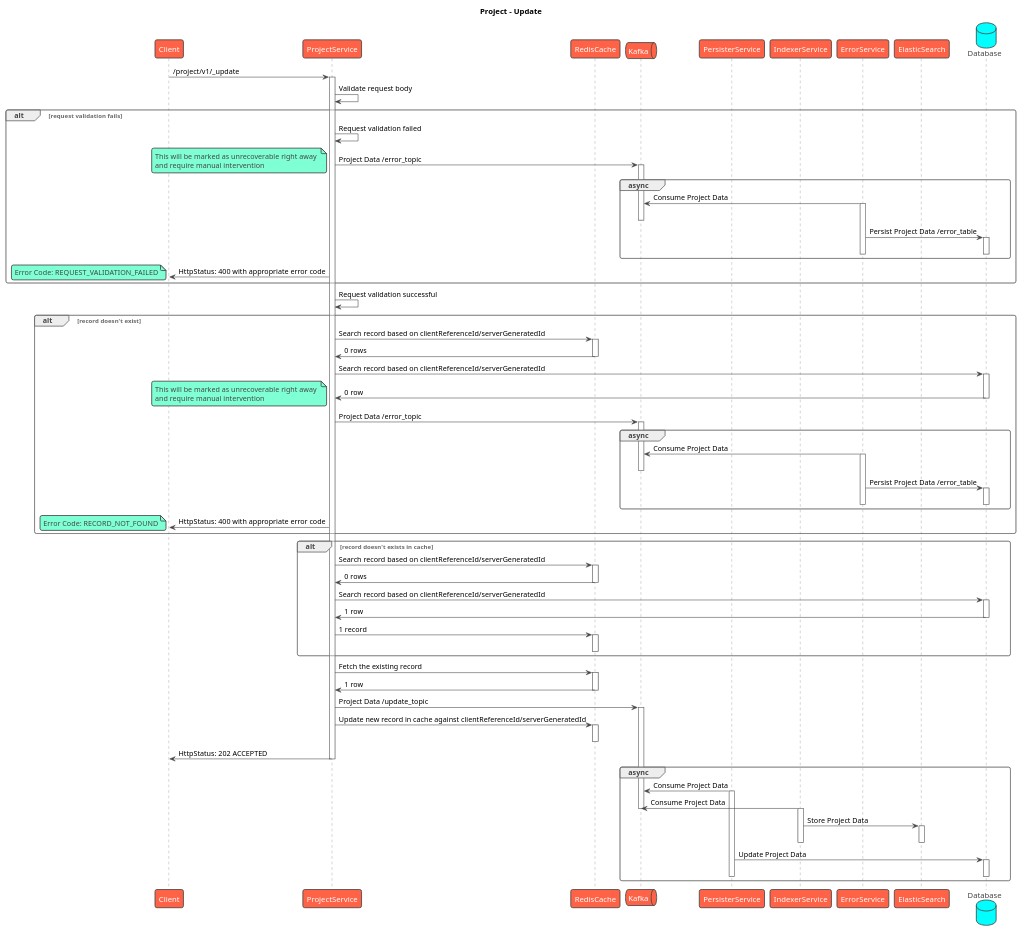
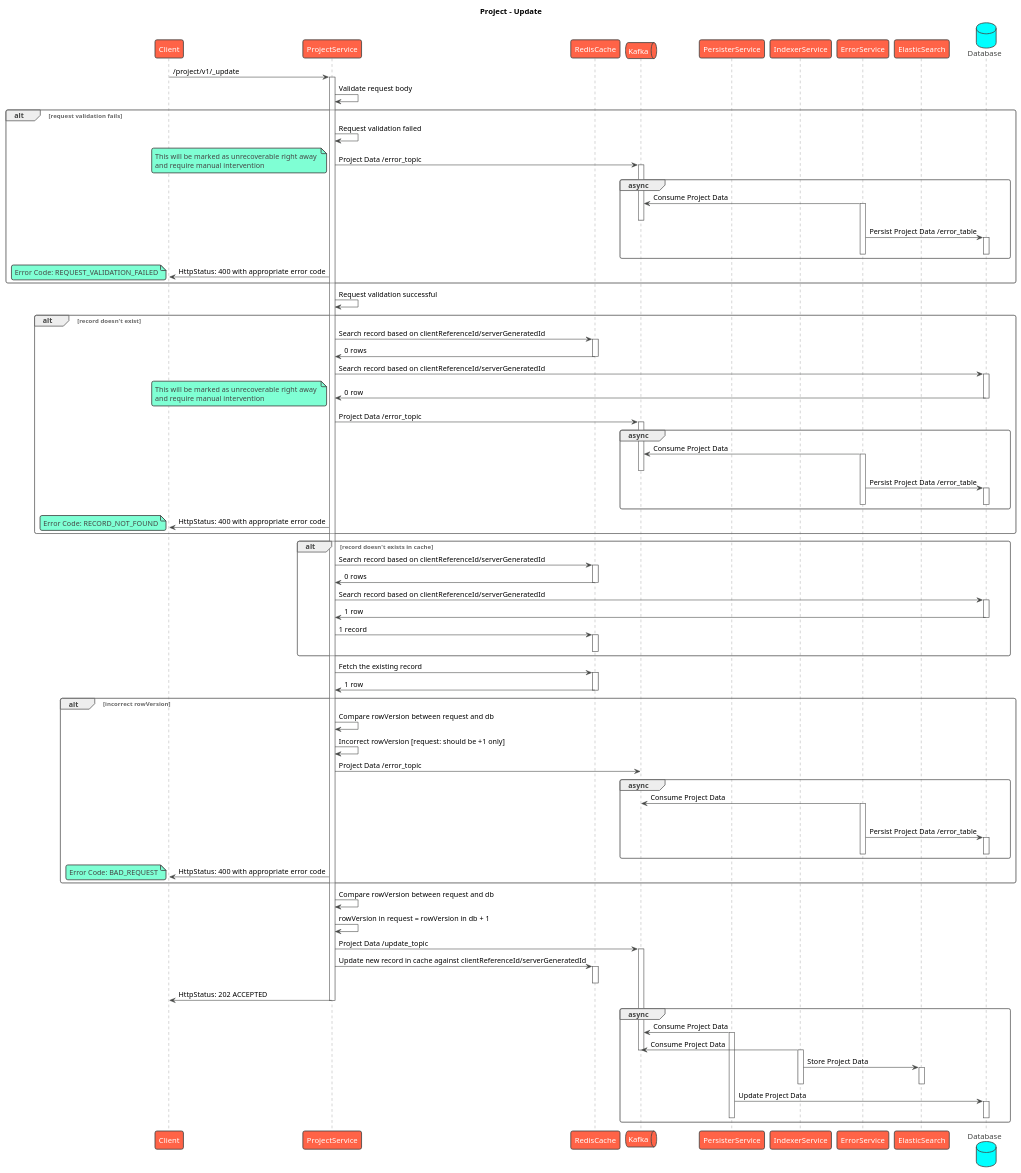
The diagram in contracts/project/sequence/update.puml (egovernments/health-api-specs), drawn with PlantUML before and after one commit. The commit also changed 9 other files, not shown here.

Commit message:
Sequence: Updated update flows with rowVersion logic

```diff
--- a/contracts/project/sequence/update.puml
+++ b/contracts/project/sequence/update.puml
@@ -1,107 +1,127 @@
 @startuml
 title Project - Update
 !theme vibrant
 participant Client as c
 participant ProjectService as s
 participant RedisCache as rc
 queue Kafka as k
 participant PersisterService as prs
 participant IndexerService as idx
 participant ErrorService as es
 participant ElasticSearch as el
 database Database as db
 c -> s : /project/v1/_update
 activate s
 s -> s: Validate request body
 alt request validation fails
     s -> s: Request validation failed
     s -> k: Project Data /error_topic
     note left
         This will be marked as unrecoverable right away 
         and require manual intervention
     end note
     activate k
     group async
         es -> k: Consume Project Data
         activate es
         deactivate k
         es -> db: Persist Project Data /error_table
         activate db
         deactivate db
         deactivate es
     end
     s -> c: HttpStatus: 400 with appropriate error code
     note left
         Error Code: REQUEST_VALIDATION_FAILED
     end note
 end
 s -> s: Request validation successful
 alt record doesn't exist
     s -> rc: Search record based on clientReferenceId/serverGeneratedId
     activate rc
     rc -> s: 0 rows
     deactivate rc
     s -> db: Search record based on clientReferenceId/serverGeneratedId
     activate db
     db -> s: 0 row
     deactivate db
     note left
         This will be marked as unrecoverable right away 
         and require manual intervention
     end note
     s -> k: Project Data /error_topic
     activate k
     group async
         es -> k: Consume Project Data
         activate es
         deactivate k
         es -> db: Persist Project Data /error_table
         activate db
         deactivate db
         deactivate es
     end
     s -> c: HttpStatus: 400 with appropriate error code
     note left
       Error Code: RECORD_NOT_FOUND
     end note
 end
 alt record doesn't exists in cache
     s -> rc: Search record based on clientReferenceId/serverGeneratedId
     activate rc
     rc -> s: 0 rows
     deactivate rc
     s -> db: Search record based on clientReferenceId/serverGeneratedId
     activate db
     db -> s: 1 row
     deactivate db
     s -> rc: 1 record
     activate rc
     deactivate rc
 end
 s -> rc: Fetch the existing record
 activate rc
 rc -> s: 1 row
 deactivate rc
+alt incorrect rowVersion
+    s -> s: Compare rowVersion between request and db
+    s -> s: Incorrect rowVersion [request: should be +1 only]
+    s -> k: Project Data /error_topic
+    group async
+        es -> k: Consume Project Data
+        activate es
+        deactivate k
+        es -> db: Persist Project Data /error_table
+        activate db
+        deactivate db
+        deactivate es
+    end
+    s -> c: HttpStatus: 400 with appropriate error code
+    note left
+      Error Code: BAD_REQUEST
+    end note
+end
+s -> s: Compare rowVersion between request and db
+s -> s: rowVersion in request = rowVersion in db + 1
 s -> k: Project Data /update_topic
 activate k
 s -> rc: Update new record in cache against clientReferenceId/serverGeneratedId
 activate rc
 deactivate rc
 s -> c: HttpStatus: 202 ACCEPTED
 deactivate s
 group async
     prs -> k: Consume Project Data
     activate prs
     idx -> k: Consume Project Data
     deactivate k
     activate idx
     idx -> el: Store Project Data
     activate el
     deactivate el
     deactivate idx
     prs -> db: Update Project Data
     activate db
     deactivate db
     deactivate prs
 end
 @enduml
```
